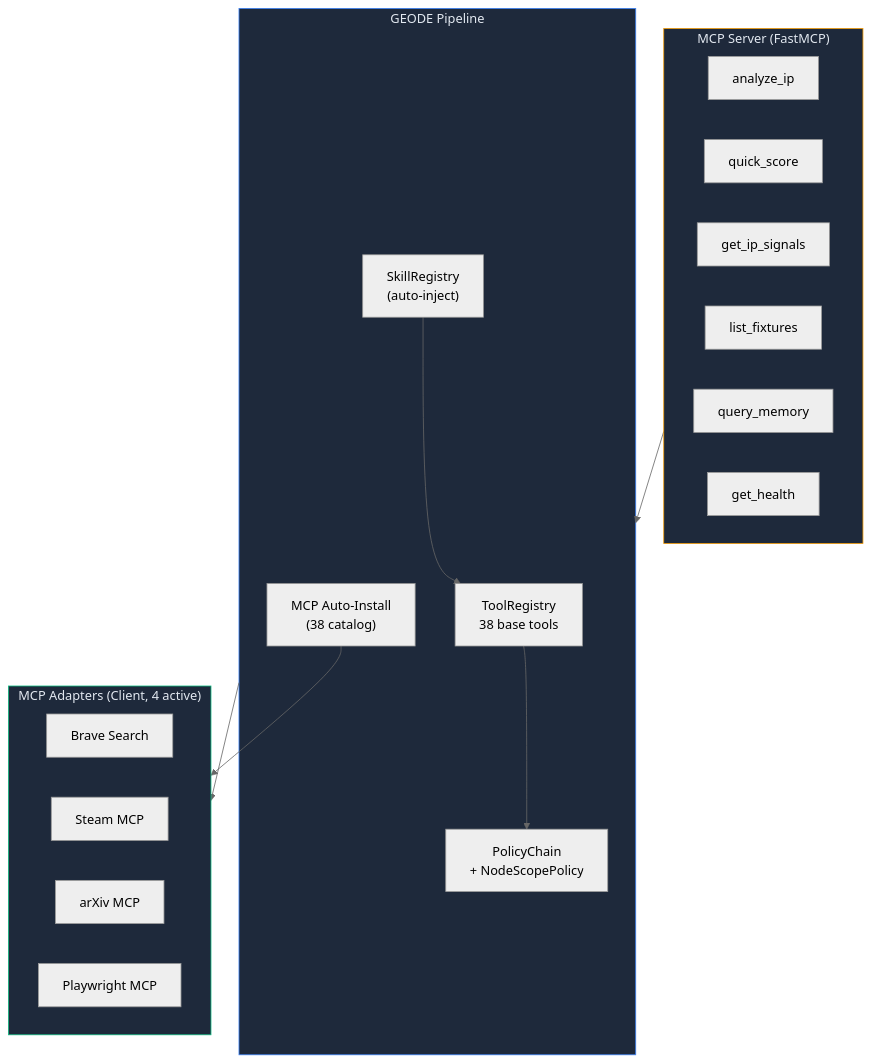
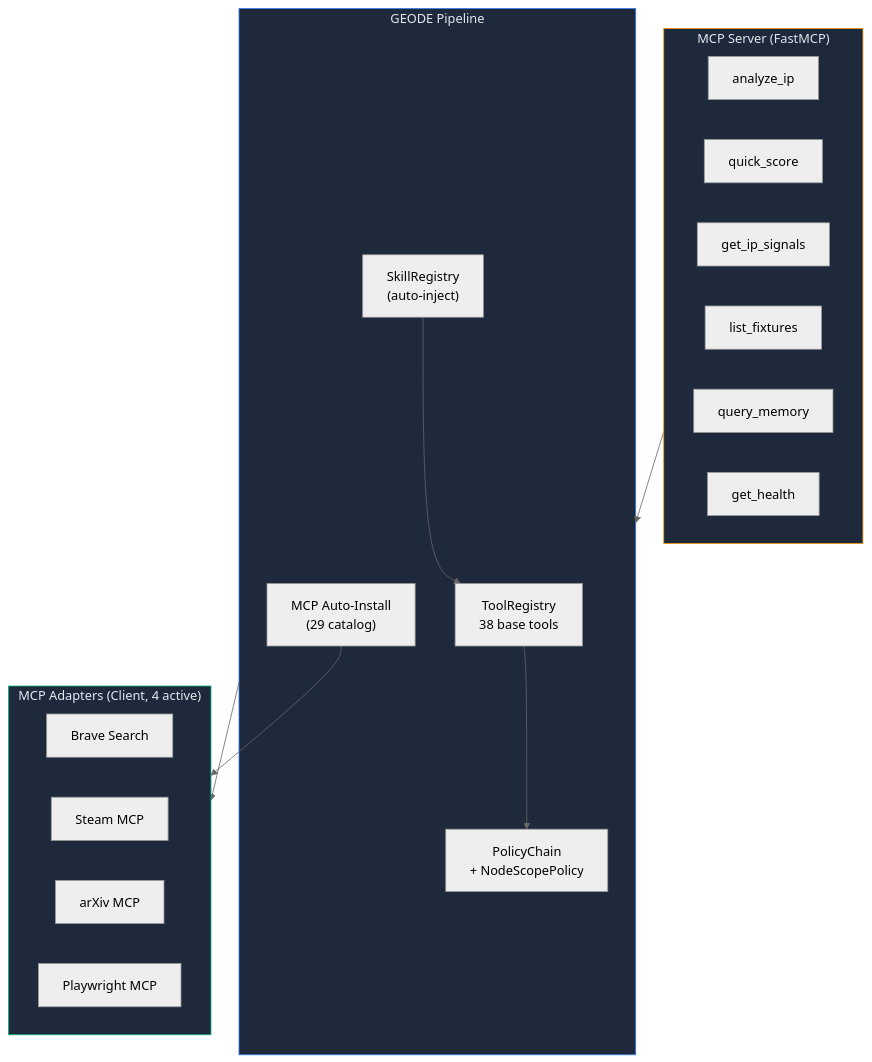
One commit to mangowhoiscloud/geode changed the sixth of 15 diagrams in README.md. Above: the diagram before and after it, drawn with Mermaid (neutral theme). The commit also changed other lines of this file and 4 other files, not shown here.

First line of the commit message:
fix(docs): 정합성 검증 워크플로우 보강 + CHANGELOG/README/MCP 동기화

````diff
--- a/README.md
+++ b/README.md
@@ -282,35 +282,35 @@
 ```mermaid
 graph TB
     subgraph GEODE["GEODE Pipeline"]
         Registry["ToolRegistry<br/>38 base tools"]
         Policy["PolicyChain<br/>+ NodeScopePolicy"]
         SkillReg["SkillRegistry<br/>(auto-inject)"]
-        MCPInstall["MCP Auto-Install<br/>(38 catalog)"]
+        MCPInstall["MCP Auto-Install<br/>(29 catalog)"]
     end
 
     subgraph MCPAdapters["MCP Adapters (Client, 4 active)"]
         Brave["Brave Search"]
         Steam["Steam MCP"]
         ArXiv["arXiv MCP"]
         PW["Playwright MCP"]
     end
 
     subgraph MCPServer["MCP Server (FastMCP)"]
         T1["analyze_ip"]
         T2["quick_score"]
         T3["get_ip_signals"]
         T4["list_fixtures"]
         T5["query_memory"]
         T6["get_health"]
     end
 
     Registry --> Policy
     SkillReg --> Registry
     MCPInstall --> MCPAdapters
     GEODE --> MCPAdapters
     MCPServer --> GEODE
 
     style GEODE fill:#1e293b,stroke:#3b82f6,color:#e2e8f0
     style MCPAdapters fill:#1e293b,stroke:#10b981,color:#e2e8f0
     style MCPServer fill:#1e293b,stroke:#f59e0b,color:#e2e8f0
 ```
````
